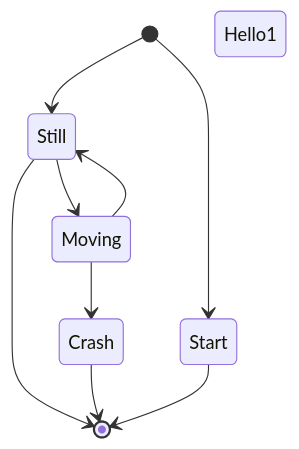
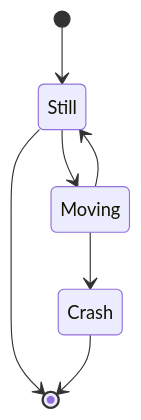
The diagram in all/Mapa de Estado.md (AngelMzno/iodraw-files), drawn with Mermaid before and after one commit.

Commit message:
2024-09-03 19:34:11 update

````diff
--- a/all/Mapa de Estado.md
+++ b/all/Mapa de Estado.md
@@ -1,15 +1,12 @@
 ```mermaid
 stateDiagram-v2
     [*] --> Still
     Still --> [*]
     Still --> Moving
     Moving --> Still
     Moving --> Crash
     Crash --> [*]
 
-Hello1
- [*] --> Start
- Start --> [*]
- 
+
 
 ```
````
